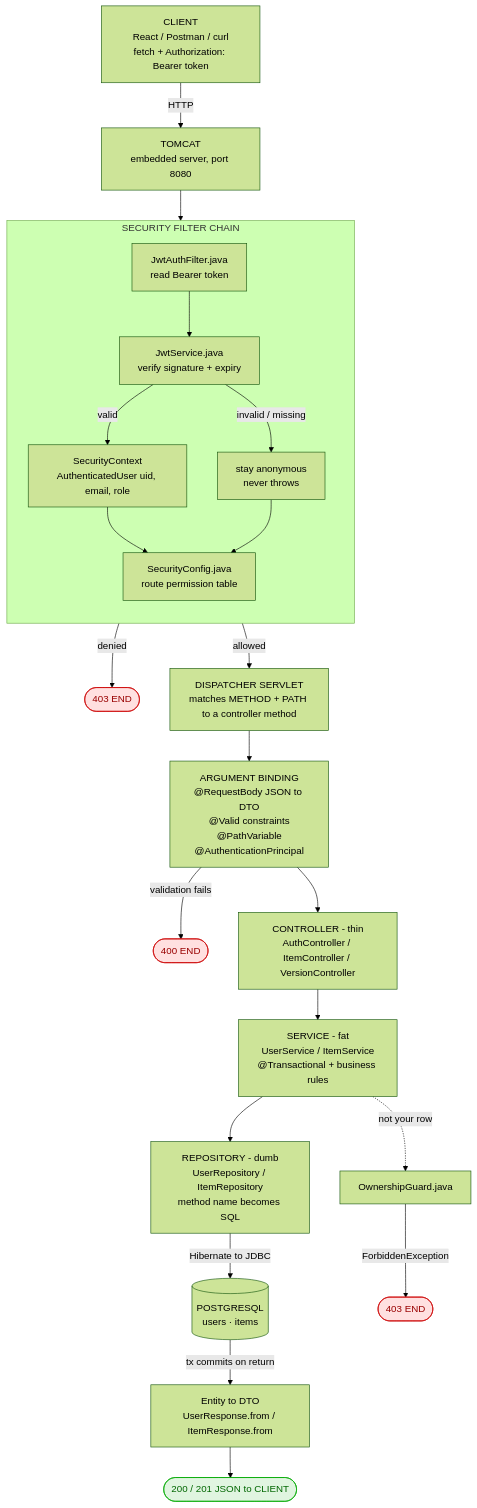
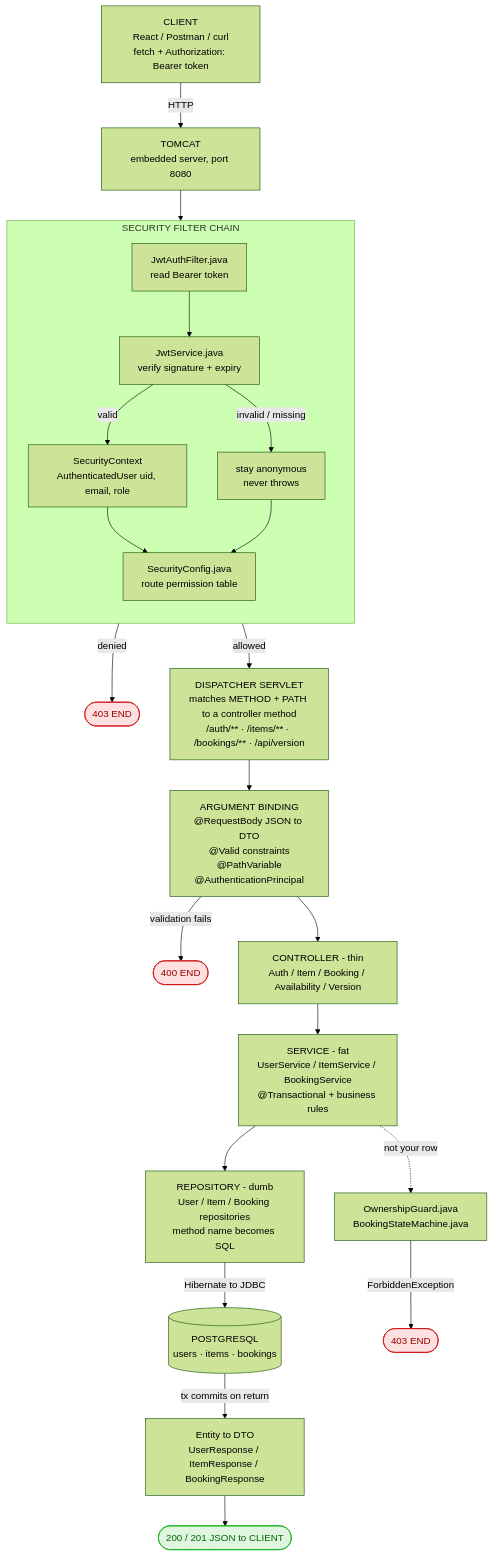
The first of 13 diagrams in docs/API_FLOW.md (RajatRajSharma/rentFlowBackend), drawn with Mermaid (forest theme) before and after one commit. The commit also changed other lines of this file and 19 other files, not shown here.

````diff
--- a/docs/API_FLOW.md
+++ b/docs/API_FLOW.md
@@ -13,48 +13,48 @@
 ```mermaid
 flowchart TD
     C["CLIENT<br/>React / Postman / curl<br/>fetch + Authorization: Bearer token"]
     T["TOMCAT<br/>embedded server, port 8080"]
 
     C -->|HTTP| T --> F1
 
     subgraph SEC["SECURITY FILTER CHAIN"]
         direction TB
         F1["JwtAuthFilter.java<br/>read Bearer token"]
         F2["JwtService.java<br/>verify signature + expiry"]
         F3["SecurityContext<br/>AuthenticatedUser uid, email, role"]
         F4["SecurityConfig.java<br/>route permission table"]
         F1 --> F2
         F2 -->|valid| F3
         F2 -->|"invalid / missing"| F3x["stay anonymous<br/>never throws"]
         F3 --> F4
         F3x --> F4
     end
 
     F4 -->|"denied"| E403(["403 END"])
     F4 -->|"allowed"| D
 
-    D["DISPATCHER SERVLET<br/>matches METHOD + PATH to a controller method"]
+    D["DISPATCHER SERVLET<br/>matches METHOD + PATH to a controller method<br/>/auth/** · /items/** · /bookings/** · /api/version"]
     B["ARGUMENT BINDING<br/>@RequestBody JSON to DTO<br/>@Valid constraints<br/>@PathVariable<br/>@AuthenticationPrincipal"]
     D --> B
     B -->|"validation fails"| E400(["400 END"])
     B --> CTRL
 
-    CTRL["CONTROLLER - thin<br/>AuthController / ItemController / VersionController"]
-    SVC["SERVICE - fat<br/>UserService / ItemService<br/>@Transactional + business rules"]
-    OG["OwnershipGuard.java"]
-    REPO["REPOSITORY - dumb<br/>UserRepository / ItemRepository<br/>method name becomes SQL"]
-    DB[("POSTGRESQL<br/>users · items")]
-    DTO["Entity to DTO<br/>UserResponse.from / ItemResponse.from"]
+    CTRL["CONTROLLER - thin<br/>Auth / Item / Booking / Availability / Version"]
+    SVC["SERVICE - fat<br/>UserService / ItemService / BookingService<br/>@Transactional + business rules"]
+    OG["OwnershipGuard.java<br/>BookingStateMachine.java"]
+    REPO["REPOSITORY - dumb<br/>User / Item / Booking repositories<br/>method name becomes SQL"]
+    DB[("POSTGRESQL<br/>users · items · bookings")]
+    DTO["Entity to DTO<br/>UserResponse / ItemResponse / BookingResponse"]
     R(["200 / 201 JSON to CLIENT"])
 
     CTRL --> SVC
     SVC -.->|"not your row"| OG
     OG -->|ForbiddenException| E403b(["403 END"])
     SVC --> REPO -->|Hibernate to JDBC| DB
     DB -->|"tx commits on return"| DTO --> R
 
     classDef err fill:#ffe0e0,stroke:#c00,color:#900
     classDef ok fill:#e0f5e0,stroke:#0a0,color:#060
     class E403,E400,E403b err
     class R ok
 ```
````
